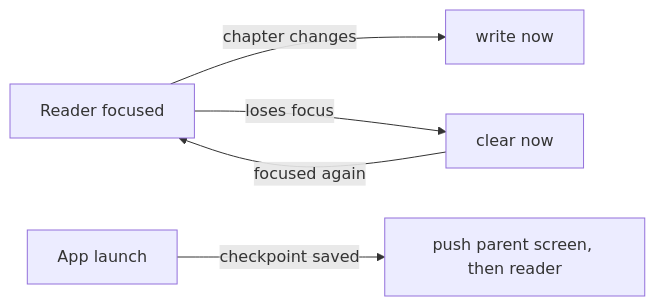
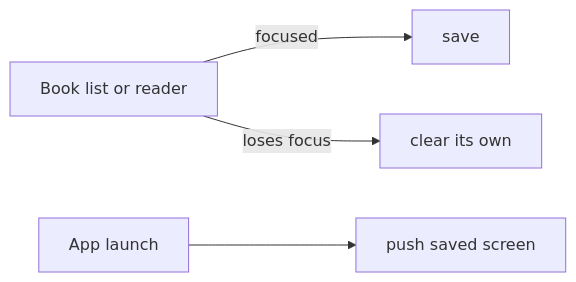
One commit to Bible-Translation-Tools/BIEL-mobile-app changed the diagram in docs/reading-checkpoint.md. Above: the diagram before and after it, drawn with Mermaid. The commit also changed other lines of this file and 9 other files, not shown here.

First line of the commit message:
Reopen the book list after a restart, too

````diff
--- a/docs/reading-checkpoint.md
+++ b/docs/reading-checkpoint.md
@@ -14,7 +13,6 @@
 ```mermaid
 flowchart LR
-  Reader[Reader focused] -- chapter changes --> Save[write now]
-  Reader -- loses focus --> Clear[clear now]
-  Clear -- focused again --> Reader
-  Launch[App launch] -- checkpoint saved --> Restore[push parent screen, then reader]
+  Screen[Book list or reader] -- focused --> Save[save]
+  Screen -- loses focus --> Clear[clear its own]
+  Launch[App launch] --> Restore[push saved screen]
 ```
````
